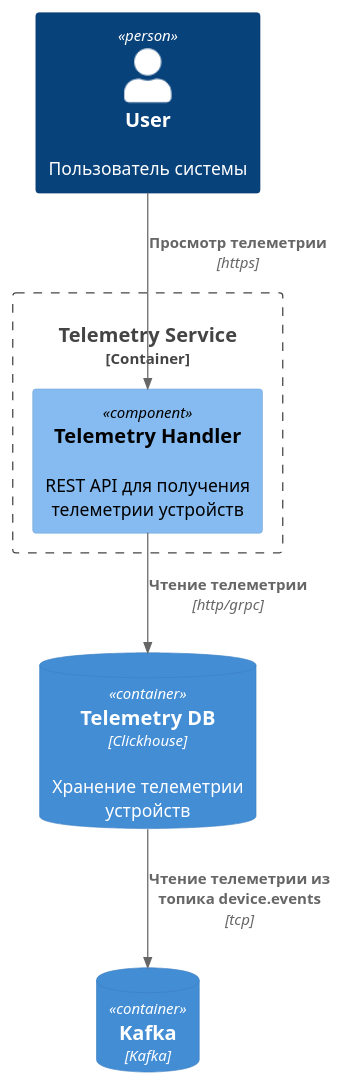
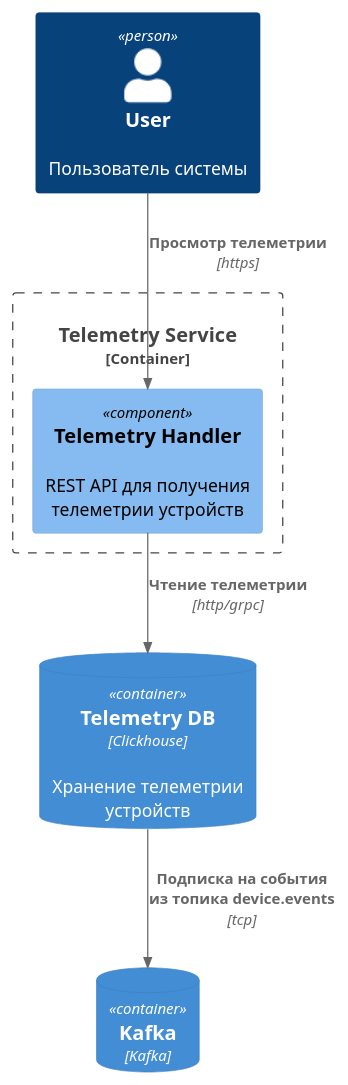
Before and after one commit to dengaleev/practicum-warmhouse: the fifth of 6 diagrams in docs/2be_component.puml, drawn with PlantUML. The commit also changed other lines of this file, not shown here.

```diff
--- a/docs/2be_component.puml
+++ b/docs/2be_component.puml
@@ -130,18 +133,18 @@
 @startuml C4_Component_ToBeSystem_TelemetryService
 
 !include https://raw.githubusercontent.com/plantuml-stdlib/C4-PlantUML/master/C4_Component.puml
 
 Person(user, "User", "Пользователь системы")
 
 ContainerDb(telemetry_db, "Telemetry DB", "Clickhouse", "Хранение телеметрии устройств")
 ContainerDb(kafka_device_events, "Kafka", "Kafka", "")
 
 Container_Boundary(telemetry_service, "Telemetry Service") {
     Component(telemetry_handler, "Telemetry Handler", "", "REST API для получения телеметрии устройств")
 }
 
 Rel(user, telemetry_handler, "Просмотр телеметрии", "https")
 Rel(telemetry_handler, telemetry_db, "Чтение телеметрии", "http/grpc")
-Rel(telemetry_db, kafka_device_events, "Чтение телеметрии из топика device.events", "tcp")
+Rel(telemetry_db, kafka_device_events, "Подписка на события из топика device.events", "tcp")
 
 @enduml
```
